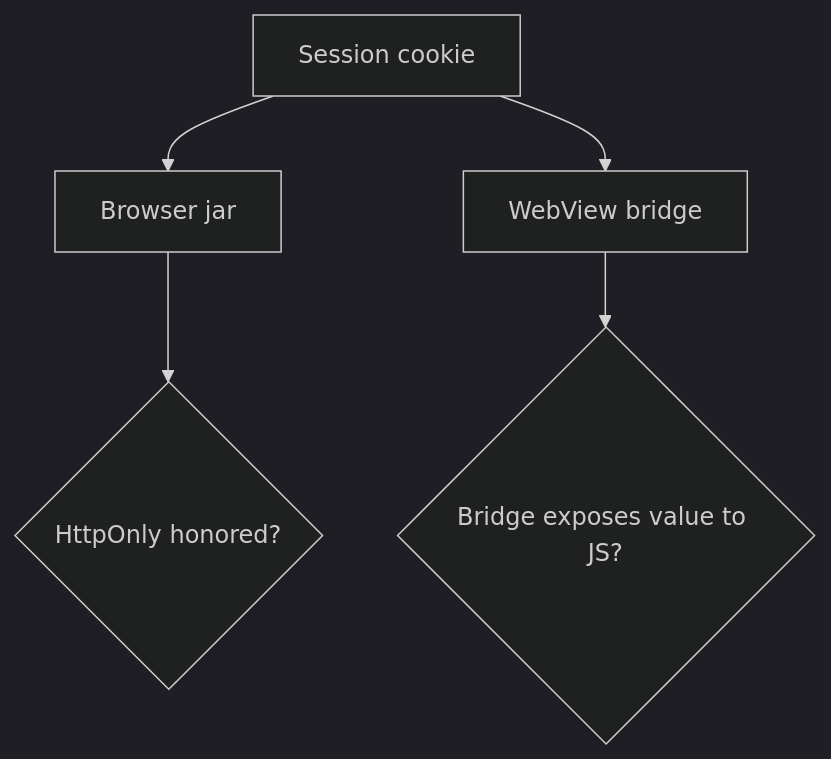
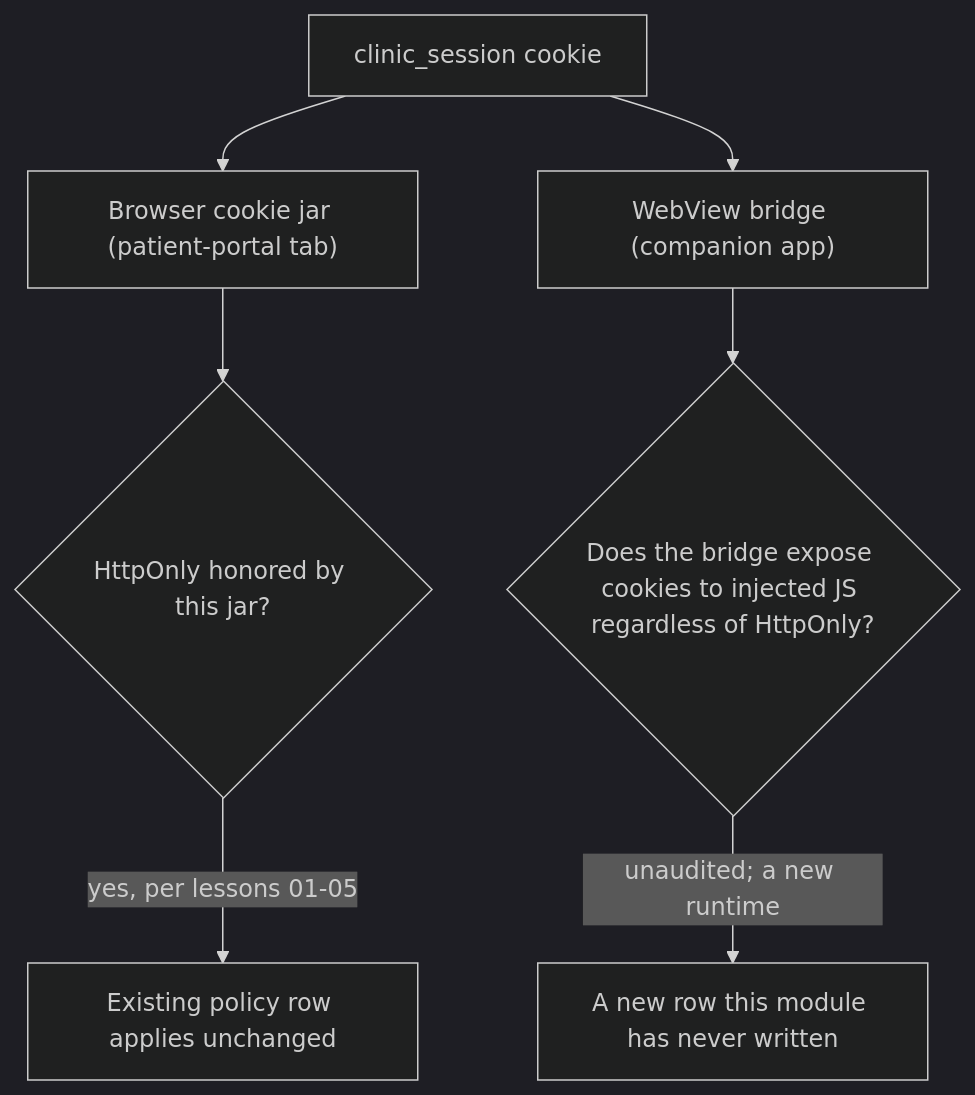
The diagram in content/modules/2/2.3/lessons/07-transfer.md (ishitvagoel/LearnSecurity), drawn with Mermaid (dark theme) before and after one commit. The commit also changed other lines of this file and 23 other files, not shown here.

````diff
--- a/content/modules/2/2.3/lessons/07-transfer.md
+++ b/content/modules/2/2.3/lessons/07-transfer.md
@@ -16,7 +12,9 @@
 ```mermaid
 flowchart TD
-  Cookie[Session cookie] --> BrowserJar[Browser jar]
-  Cookie --> WebView[WebView bridge]
-  BrowserJar --> HttpOnly{HttpOnly honored?}
-  WebView --> Bridge{Bridge exposes value to JS?}
+  Cookie["clinic_session cookie"] --> BrowserJar["Browser cookie jar (patient-portal tab)"]
+  Cookie --> WebViewBridge["WebView bridge (companion app)"]
+  BrowserJar --> HttpOnlyCheck{"HttpOnly honored by this jar?"}
+  WebViewBridge --> BridgeCheck{"Does the bridge expose cookies to injected JS regardless of HttpOnly?"}
+  HttpOnlyCheck -->|yes, per lessons 01-05| KnownRow["Existing policy row applies unchanged"]
+  BridgeCheck -->|unaudited; a new runtime| NewRow["A new row this module has never written"]
 ```
````
